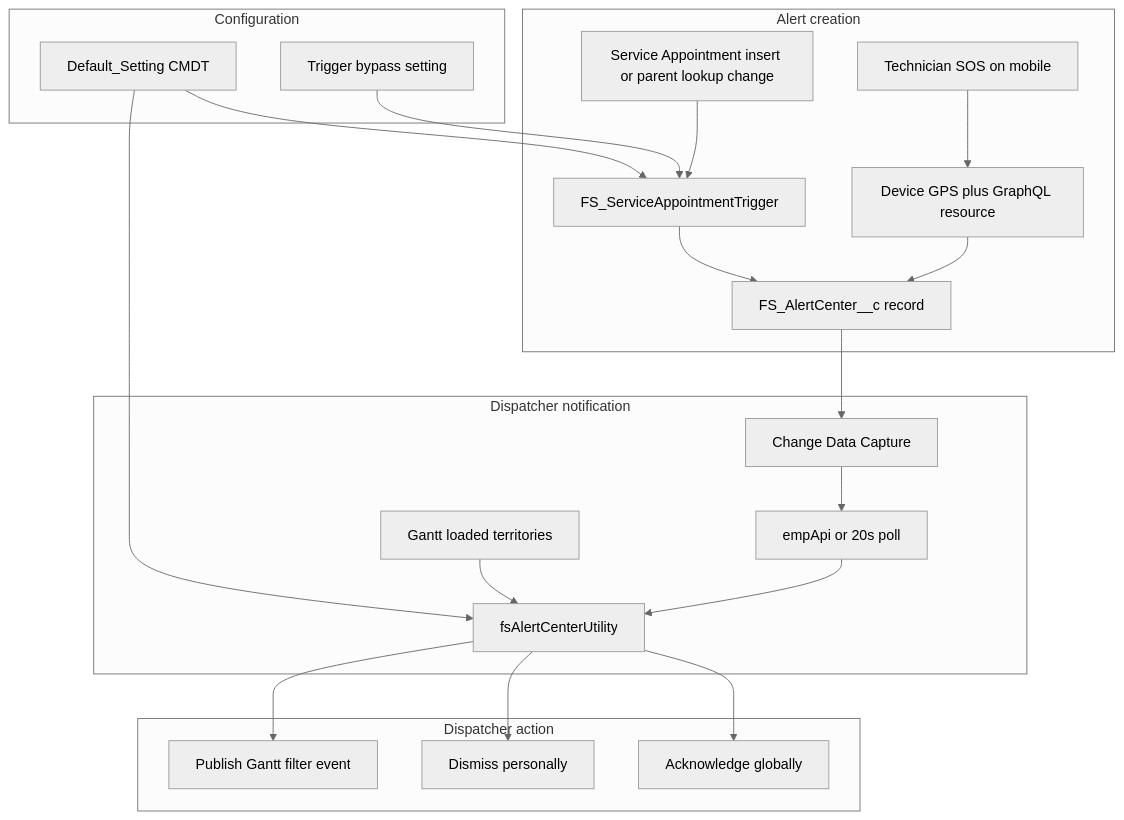
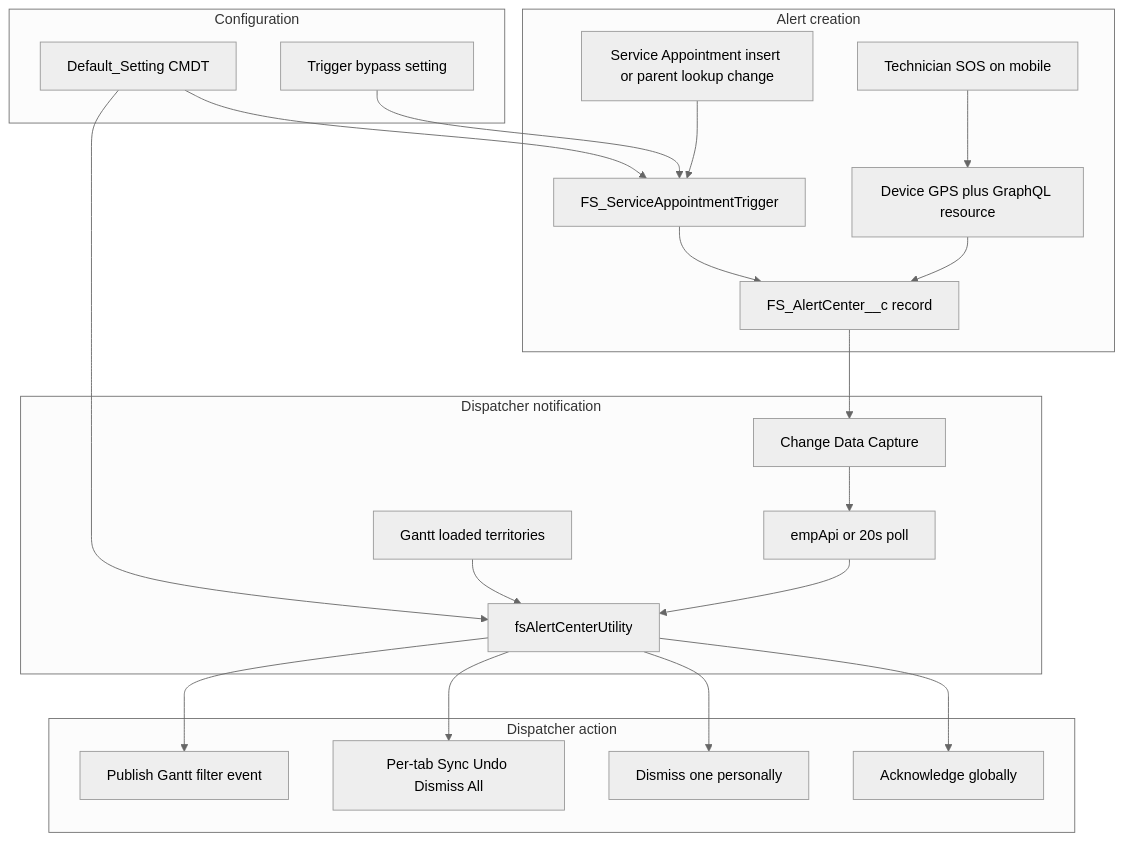
One commit to SaiChinta/job-alert-component changed the first of 3 diagrams in README.md. Above: the diagram before and after it, drawn with Mermaid (neutral theme). The commit also changed other lines of this file and 6 other files, not shown here.

````diff
--- a/README.md
+++ b/README.md
@@ -21,43 +22,45 @@
 ```mermaid
 flowchart TD
     subgraph config [Configuration]
         CMDT[Default_Setting CMDT]
         Bypass[Trigger bypass setting]
     end
 
     subgraph create [Alert creation]
         SA[Service Appointment insert or parent lookup change]
         Trig[FS_ServiceAppointmentTrigger]
         SOS[Technician SOS on mobile]
         GPS[Device GPS plus GraphQL resource]
         Rec[FS_AlertCenter__c record]
     end
 
     subgraph notify [Dispatcher notification]
         CDC[Change Data Capture]
         Emp[empApi or 20s poll]
         Util[fsAlertCenterUtility]
         Terr[Gantt loaded territories]
     end
 
     subgraph act [Dispatcher action]
         Ack[Acknowledge globally]
-        Dis[Dismiss personally]
+        Dis[Dismiss one personally]
+        TabAct[Per-tab Sync Undo Dismiss All]
         Filt[Publish Gantt filter event]
     end
 
     CMDT --> Trig
     Bypass --> Trig
     SA --> Trig
     Trig --> Rec
     SOS --> GPS
     GPS --> Rec
     Rec --> CDC
     CDC --> Emp
     Emp --> Util
     Terr --> Util
     CMDT --> Util
     Util --> Ack
     Util --> Dis
+    Util --> TabAct
     Util --> Filt
 ```
````
